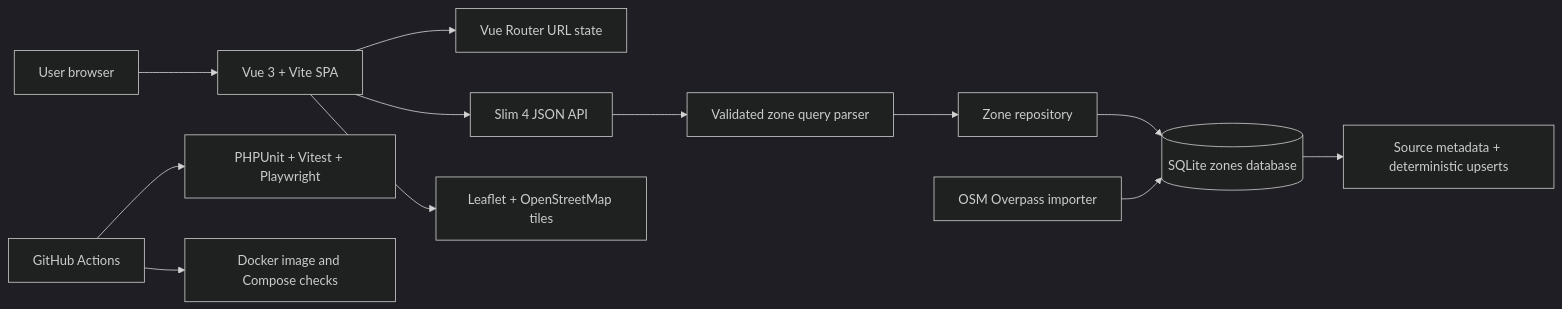
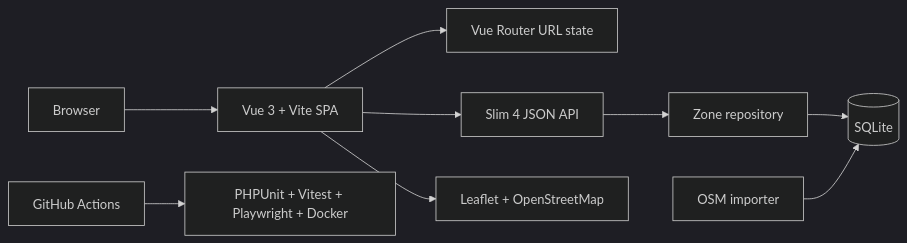
Before and after one commit to rootSunc/QParkingZone: the diagram in README.md, drawn with Mermaid (dark theme). The commit also changed other lines of this file, not shown here.

````diff
--- a/README.md
+++ b/README.md
@@ -39,14 +29,11 @@
 ```mermaid
 flowchart LR
-  User["User browser"] --> Web["Vue 3 + Vite SPA"]
+  User["Browser"] --> Web["Vue 3 + Vite SPA"]
   Web --> Router["Vue Router URL state"]
   Web --> Api["Slim 4 JSON API"]
-  Api --> Query["Validated zone query parser"]
-  Query --> Repo["Zone repository"]
-  Repo --> DB[("SQLite zones database")]
-  Importer["OSM Overpass importer"] --> DB
-  DB --> Sources["Source metadata + deterministic upserts"]
-  Web --> Maps["Leaflet + OpenStreetMap tiles"]
-  CI["GitHub Actions"] --> Tests["PHPUnit + Vitest + Playwright"]
-  CI --> Docker["Docker image and Compose checks"]
+  Api --> Repo["Zone repository"]
+  Repo --> DB[("SQLite")]
+  Importer["OSM importer"] --> DB
+  Web --> Maps["Leaflet + OpenStreetMap"]
+  CI["GitHub Actions"] --> Checks["PHPUnit + Vitest + Playwright + Docker"]
 ```
````
